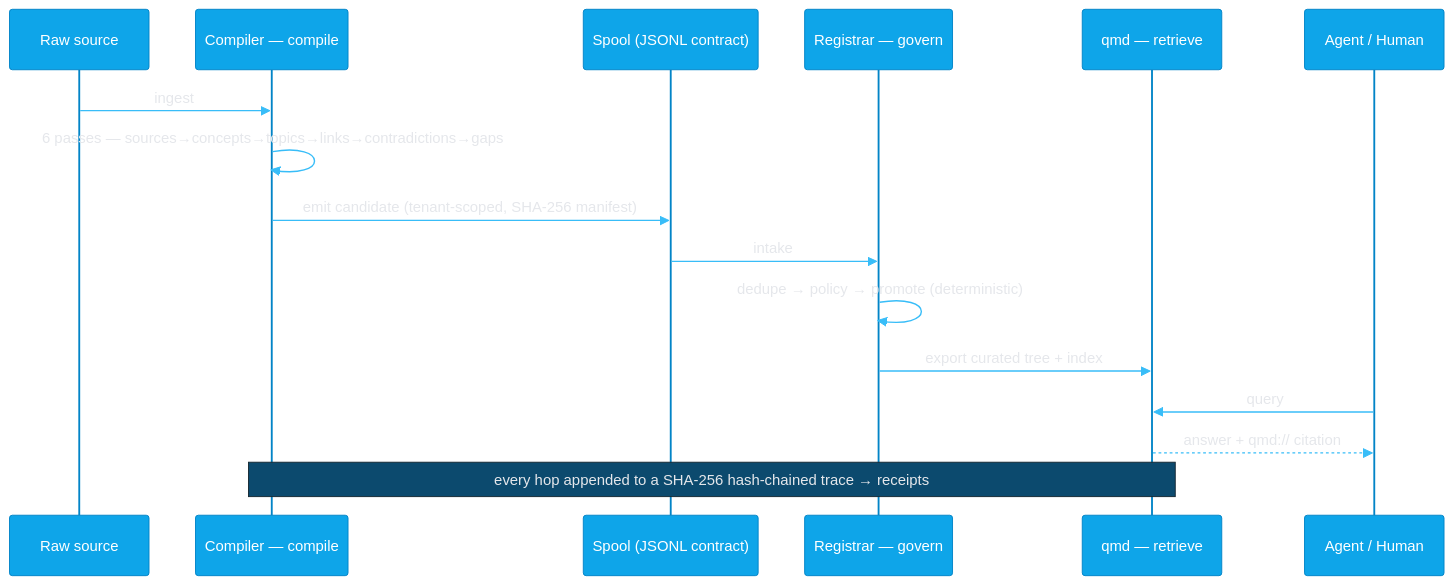
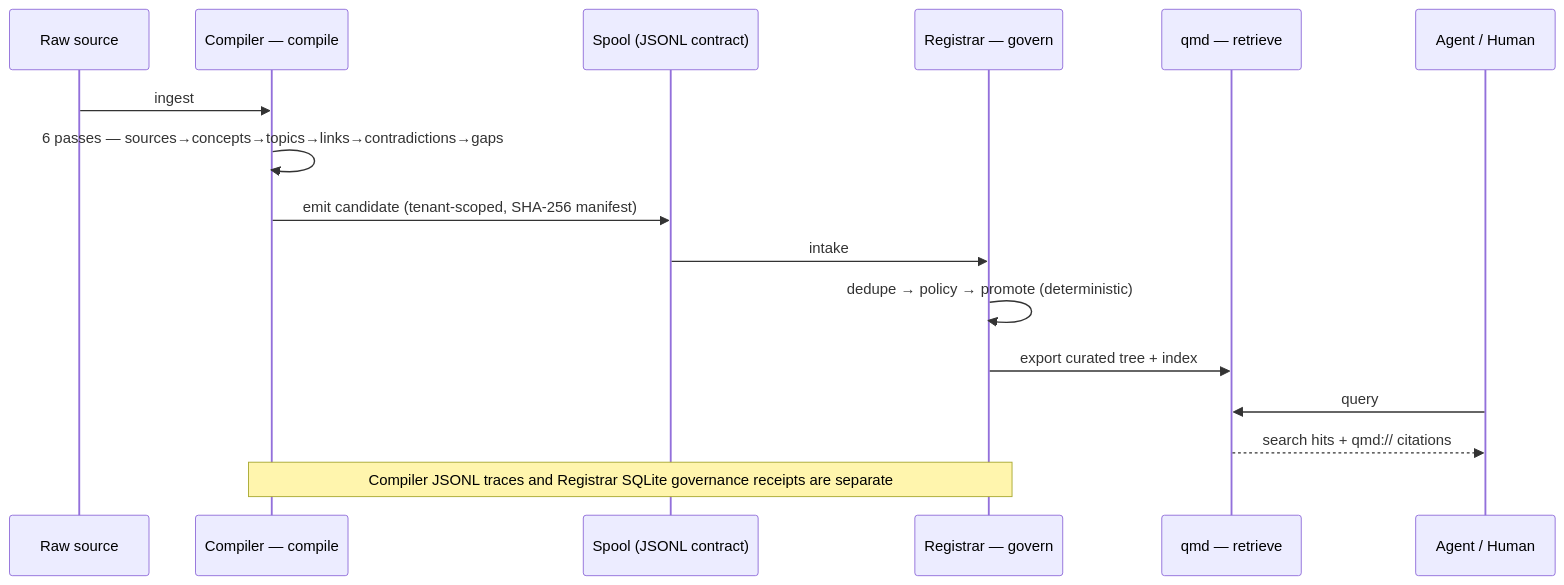
Before and after one commit to intent-solutions-io/bobs-big-brain-umbrella: the second of 3 diagrams in README.md, drawn with Mermaid. The commit also changed other lines of this file and 13 other files, not shown here.

````diff
--- a/README.md
+++ b/README.md
@@ -115,24 +109,19 @@
 ```mermaid
-%%{init: {'theme':'base','themeVariables':{
-  'primaryColor':'#0ea5e9','primaryBorderColor':'#0284c7','primaryTextColor':'#ffffff',
-  'lineColor':'#38bdf8','signalColor':'#38bdf8','signalTextColor':'#e5e7eb',
-  'actorBkg':'#0ea5e9','actorBorder':'#0284c7','actorTextColor':'#ffffff',
-  'noteBkgColor':'#0c4a6e','noteTextColor':'#e5e7eb'}}}%%
 sequenceDiagram
     participant S as Raw source
     participant ICO as Compiler — compile
     participant SP as Spool (JSONL contract)
     participant KB as Registrar — govern
     participant Q as qmd — retrieve
     participant A as Agent / Human
 
     S->>ICO: ingest
     ICO->>ICO: 6 passes — sources→concepts→topics→links→contradictions→gaps
     ICO->>SP: emit candidate (tenant-scoped, SHA-256 manifest)
     SP->>KB: intake
     KB->>KB: dedupe → policy → promote (deterministic)
     KB->>Q: export curated tree + index
     A->>Q: query
-    Q-->>A: answer + qmd:// citation
-    Note over ICO,Q: every hop appended to a SHA-256 hash-chained trace → receipts
+    Q-->>A: search hits + qmd:// citations
+    Note over ICO,KB: Compiler JSONL traces and Registrar SQLite governance receipts are separate
 ```
````
